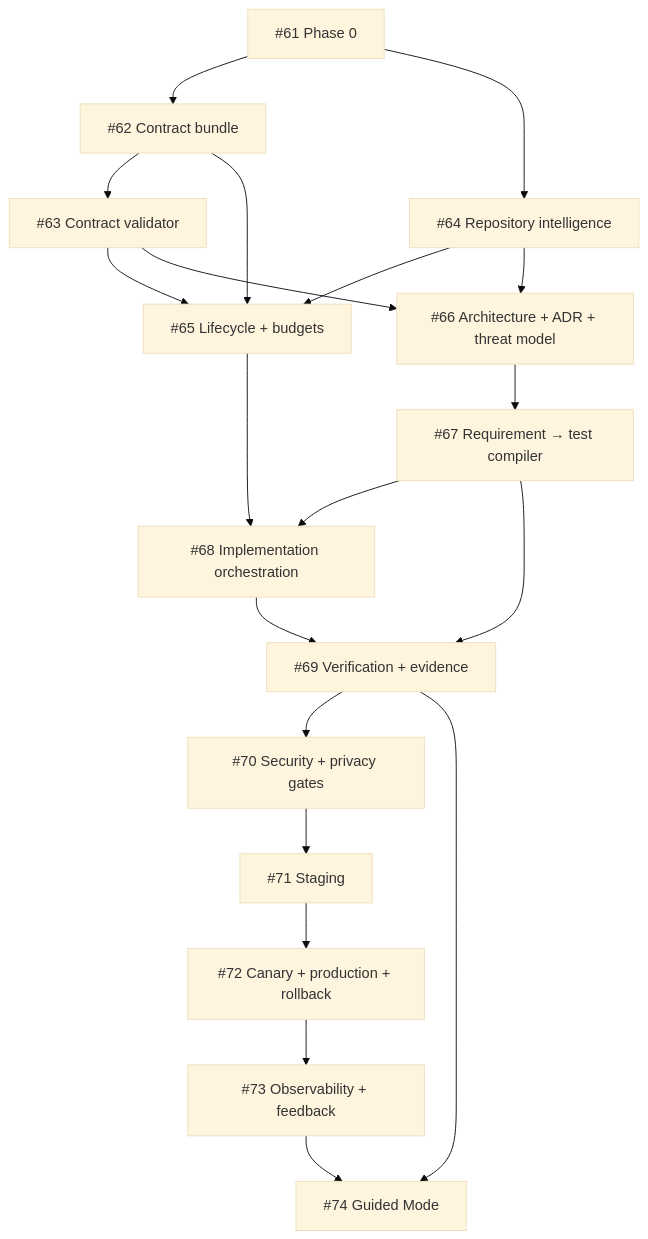
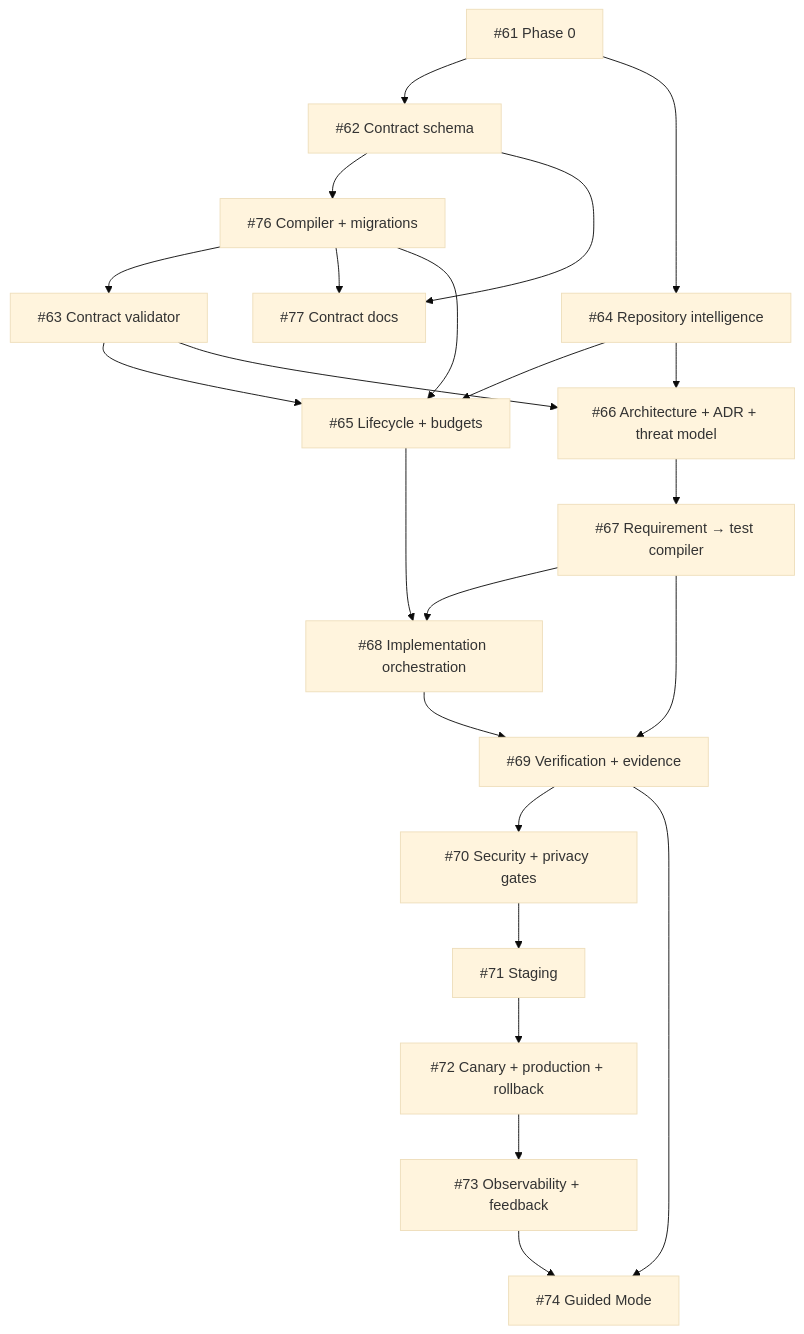
Before and after one commit to Abhillashjadhav/production-engineering-os: the second of 2 diagrams in docs/PMOS-PEOS-END-TO-END-PLAN.md, drawn with Mermaid (base theme). The commit also changed other lines of this file and 7 other files, not shown here.

````diff
--- a/docs/PMOS-PEOS-END-TO-END-PLAN.md
+++ b/docs/PMOS-PEOS-END-TO-END-PLAN.md
@@ -207,22 +212,25 @@
 ```mermaid
 flowchart TD
-  I61["#61 Phase 0"] --> I62["#62 Contract bundle"]
+  I61["#61 Phase 0"] --> I62["#62 Contract schema"]
   I61 --> I64["#64 Repository intelligence"]
-  I62 --> I63["#63 Contract validator"]
-  I62 --> I65["#65 Lifecycle + budgets"]
+  I62 --> I76["#76 Compiler + migrations"]
+  I76 --> I63["#63 Contract validator"]
+  I62 --> I77["#77 Contract docs"]
+  I76 --> I77
+  I76 --> I65["#65 Lifecycle + budgets"]
   I63 --> I65
   I64 --> I65
   I63 --> I66["#66 Architecture + ADR + threat model"]
   I64 --> I66
   I66 --> I67["#67 Requirement → test compiler"]
   I67 --> I68["#68 Implementation orchestration"]
   I65 --> I68
   I68 --> I69["#69 Verification + evidence"]
   I67 --> I69
   I69 --> I70["#70 Security + privacy gates"]
   I70 --> I71["#71 Staging"]
   I71 --> I72["#72 Canary + production + rollback"]
   I72 --> I73["#73 Observability + feedback"]
   I69 --> I74["#74 Guided Mode"]
   I73 --> I74
 ```
````
